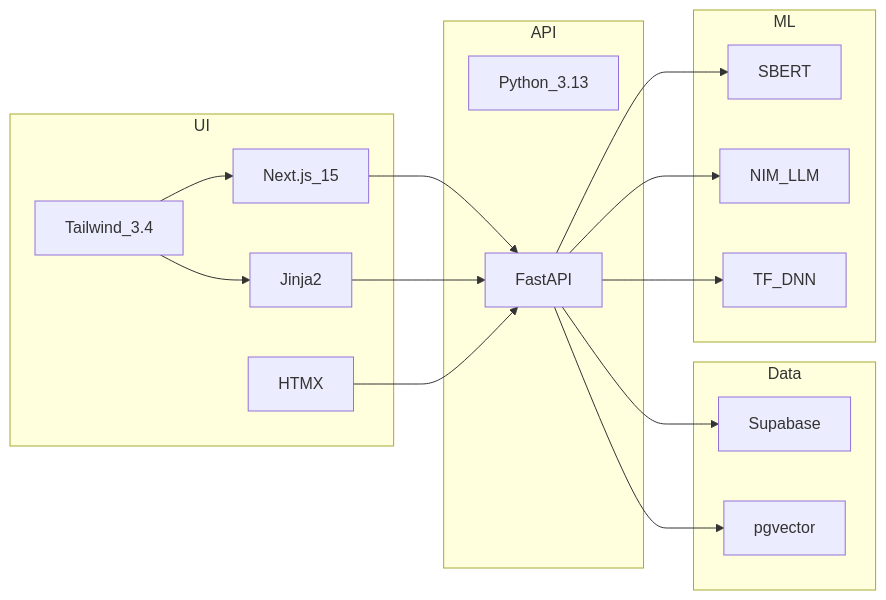
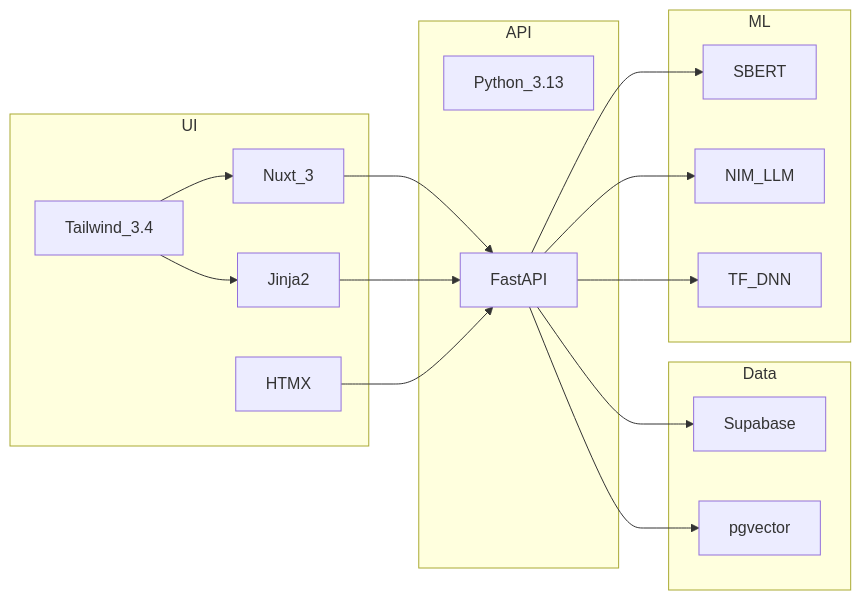
The third of 3 diagrams in ARCHITECTURE.md (JJutron/Work-IT), drawn with Mermaid before and after one commit. The commit also changed other lines of this file and 55 other files, not shown here.

````diff
--- a/ARCHITECTURE.md
+++ b/ARCHITECTURE.md
@@ -107,32 +107,32 @@
 ```mermaid
 flowchart LR
   subgraph ui [UI]
-    next[Next.js_15]
+    nuxt[Nuxt_3]
     jinja[Jinja2]
     htmx[HTMX]
     tw[Tailwind_3.4]
   end
   subgraph api [API]
     py[Python_3.13]
     fa[FastAPI]
   end
   subgraph data [Data]
     sb[Supabase]
     pg[pgvector]
   end
   subgraph ml [ML]
     sbert[SBERT]
     llm[NIM_LLM]
     dnn[TF_DNN]
   end
-  next --> fa
+  nuxt --> fa
   jinja --> fa
   htmx --> fa
-  tw --> next
+  tw --> nuxt
   tw --> jinja
   fa --> sb
   fa --> pg
   fa --> sbert
   fa --> llm
   fa --> dnn
 ```
````
